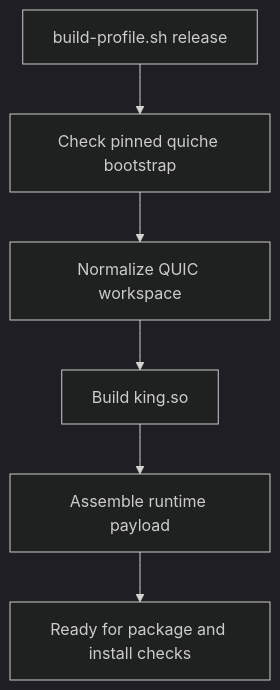
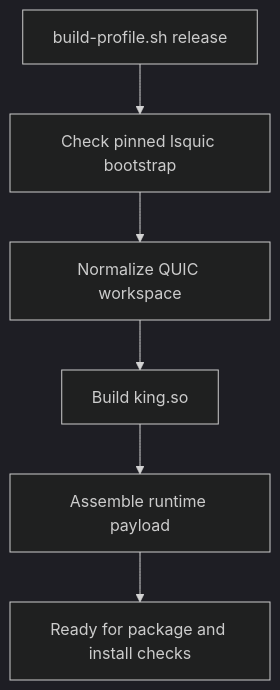
The second of 4 diagrams in documentation/operations-and-release.md (Intelligent-Intern/king), drawn with Mermaid (dark theme) before and after one commit. The commit also changed other lines of this file and 92 other files, not shown here.

````diff
--- a/documentation/operations-and-release.md
+++ b/documentation/operations-and-release.md
@@ -148,8 +148,8 @@
 ```mermaid
 flowchart TD
-    A[build-profile.sh release] --> B[Check pinned quiche bootstrap]
+    A[build-profile.sh release] --> B[Check pinned lsquic bootstrap]
     B --> C[Normalize QUIC workspace]
     C --> D[Build king.so]
     D --> E[Assemble runtime payload]
     E --> F[Ready for package and install checks]
 ```
````
